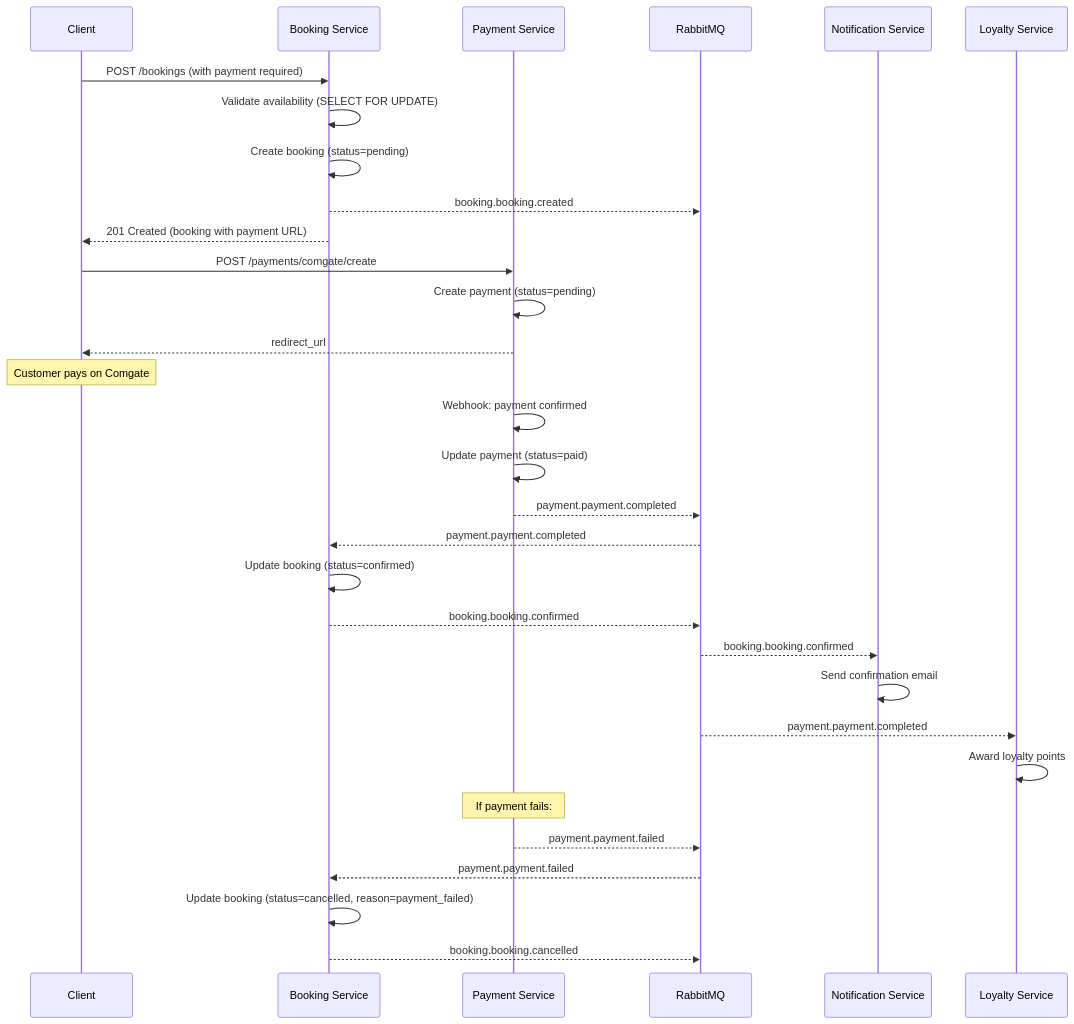
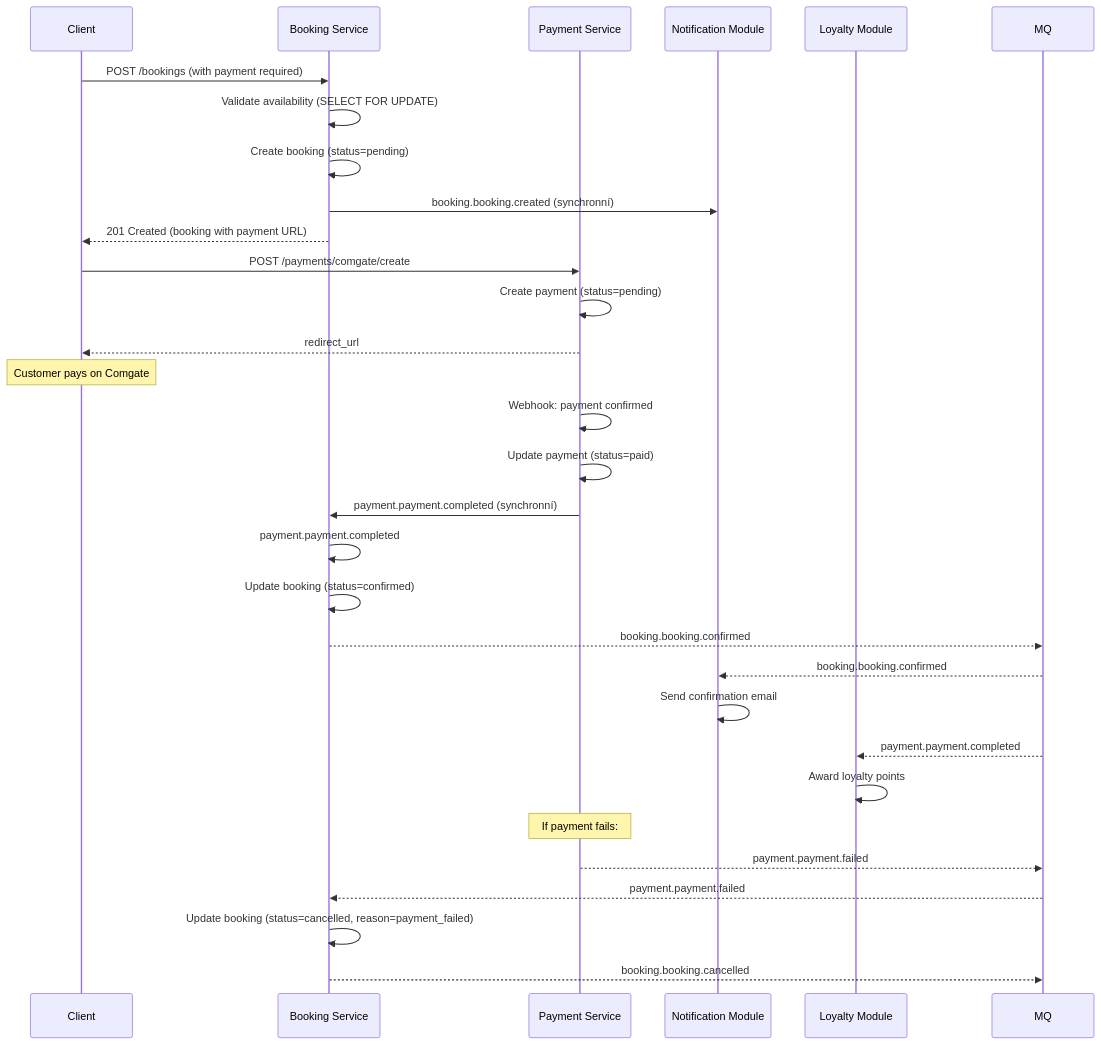
One commit to PMLOGY/schedule_box changed the fourth of 12 diagrams in schedulebox_complete_documentation.md. Above: the diagram before and after it, drawn with Mermaid. The commit also changed other lines of this file and 5 other files, not shown here.

````diff
--- a/schedulebox_complete_documentation.md
+++ b/schedulebox_complete_documentation.md
@@ -708,41 +700,40 @@
 ```mermaid
 sequenceDiagram
     participant C as Client
     participant BS as Booking Service
     participant PS as Payment Service
-    participant MQ as RabbitMQ
-    participant NS as Notification Service
-    participant LS as Loyalty Service
+    participant NS as Notification Module
+    participant LS as Loyalty Module
 
     C->>BS: POST /bookings (with payment required)
     BS->>BS: Validate availability (SELECT FOR UPDATE)
     BS->>BS: Create booking (status=pending)
-    BS-->>MQ: booking.booking.created
+    BS->>NS: booking.booking.created (synchronní)
     BS-->>C: 201 Created (booking with payment URL)
 
     C->>PS: POST /payments/comgate/create
     PS->>PS: Create payment (status=pending)
     PS-->>C: redirect_url
 
     Note over C: Customer pays on Comgate
 
     PS->>PS: Webhook: payment confirmed
     PS->>PS: Update payment (status=paid)
-    PS-->>MQ: payment.payment.completed
+    PS->>BS: payment.payment.completed (synchronní)
 
-    MQ-->>BS: payment.payment.completed
+    BS->>BS: payment.payment.completed
     BS->>BS: Update booking (status=confirmed)
     BS-->>MQ: booking.booking.confirmed
 
     MQ-->>NS: booking.booking.confirmed
     NS->>NS: Send confirmation email
 
     MQ-->>LS: payment.payment.completed
     LS->>LS: Award loyalty points
 
     Note over PS: If payment fails:
     PS-->>MQ: payment.payment.failed
     MQ-->>BS: payment.payment.failed
     BS->>BS: Update booking (status=cancelled, reason=payment_failed)
     BS-->>MQ: booking.booking.cancelled
 ```
````
